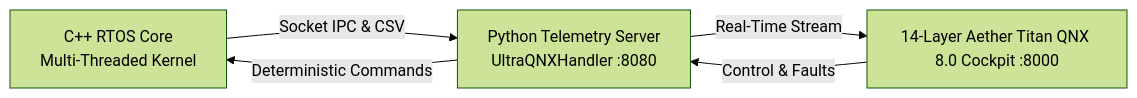
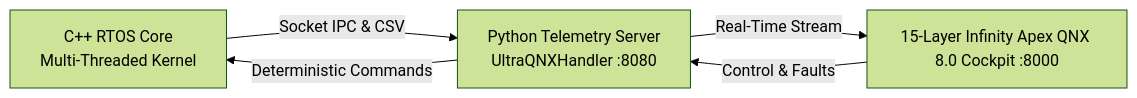
Before and after one commit to shaikhabdul2015-max/qnx-hackathon-project: the diagram in README.md, drawn with Mermaid (forest theme). The commit also changed other lines of this file and 1 other file, not shown here.

Commit message:
Add Layer 15 Infinity Apex: Neural BCI Reflex, Robotic Charger Dock, and Grand Benchmark

````diff
--- a/README.md
+++ b/README.md
@@ -9,7 +9,7 @@
 ```mermaid
 graph LR
     A[C++ RTOS Core<br/>Multi-Threaded Kernel] -->|Socket IPC & CSV| B[Python Telemetry Server<br/>UltraQNXHandler :8080]
-    B -->|Real-Time Stream| C[14-Layer Aether Titan QNX 8.0 Cockpit :8000]
+    B -->|Real-Time Stream| C[15-Layer Infinity Apex QNX 8.0 Cockpit :8000]
     C -->|Control & Faults| B
     B -->|Deterministic Commands| A
 ```
````
